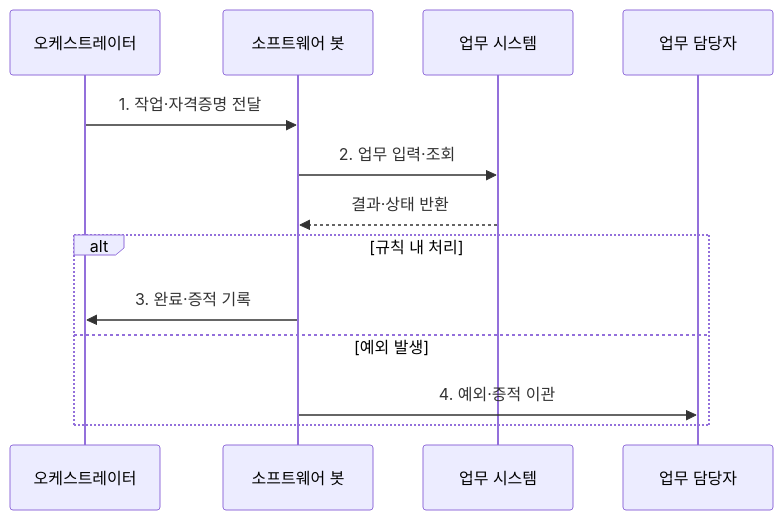
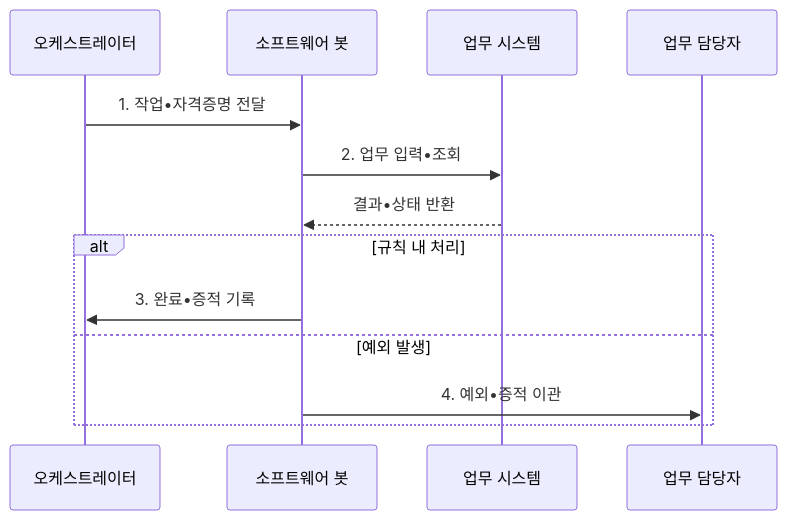
The second of 2 diagrams in src/content/docs/notes/03-software/209_rpa.md (agnusdei1207/knowledge-base), drawn with Mermaid before and after one commit. The commit also changed other lines of this file and 953 other files, not shown here.

````diff
--- a/src/content/docs/notes/03-software/209_rpa.md
+++ b/src/content/docs/notes/03-software/209_rpa.md
@@ -107,16 +107,16 @@
 ```mermaid
 sequenceDiagram
     participant O as 오케스트레이터
     participant B as 소프트웨어 봇
     participant S as 업무 시스템
     participant H as 업무 담당자
-    O->>B: 1. 작업·자격증명 전달
-    B->>S: 2. 업무 입력·조회
-    S-->>B: 결과·상태 반환
+    O->>B: 1. 작업•자격증명 전달
+    B->>S: 2. 업무 입력•조회
+    S-->>B: 결과•상태 반환
     alt 규칙 내 처리
-        B->>O: 3. 완료·증적 기록
+        B->>O: 3. 완료•증적 기록
     else 예외 발생
-        B->>H: 4. 예외·증적 이관
+        B->>H: 4. 예외•증적 이관
 
     end
 ```
````
